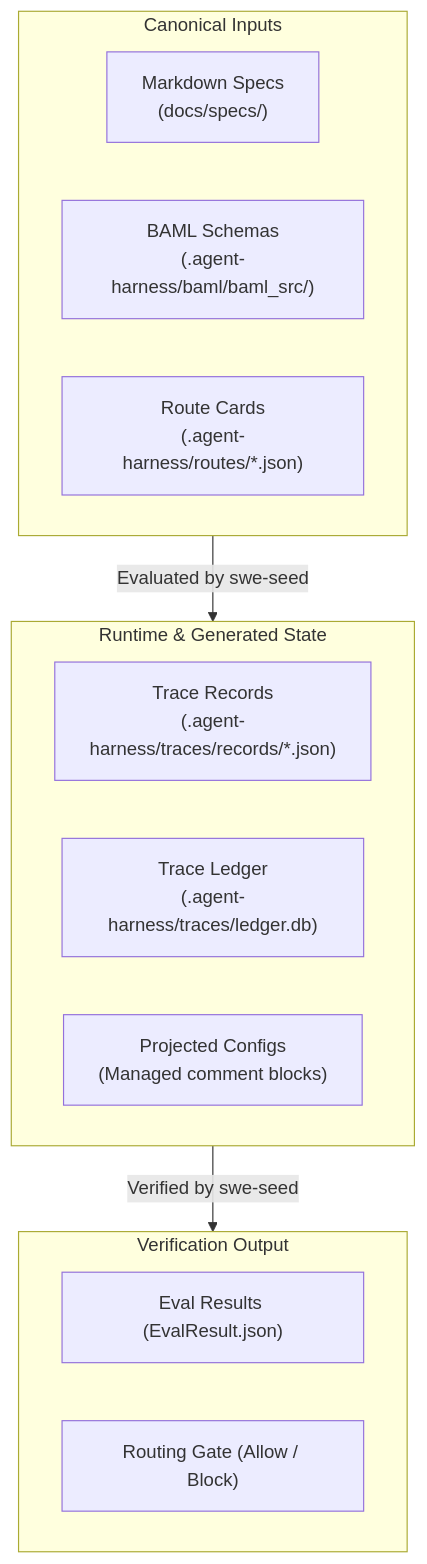
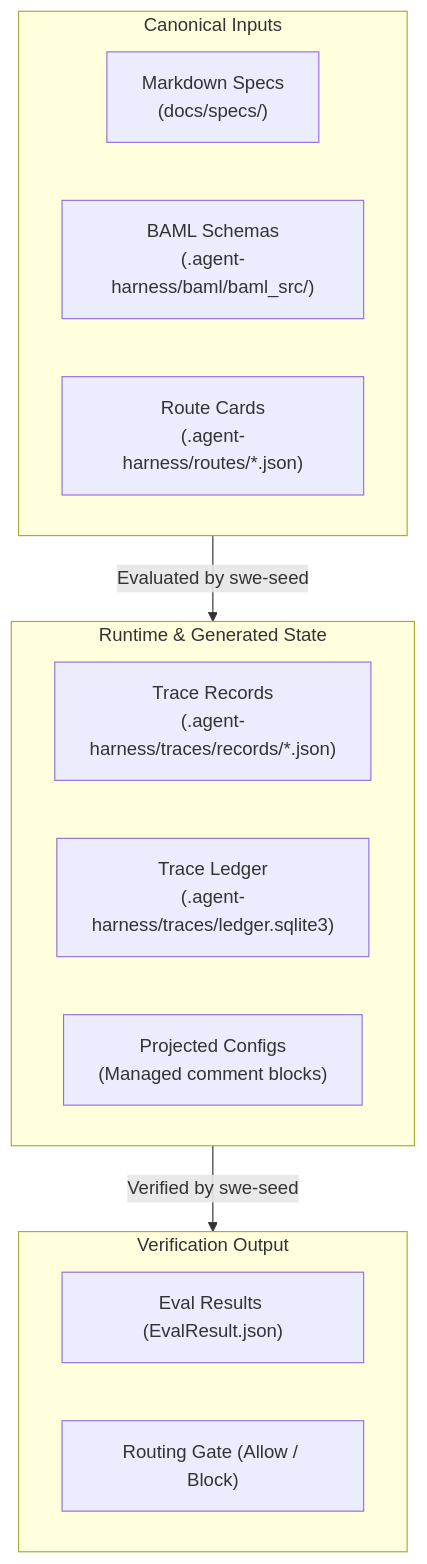
Before and after one commit to GodSpeedAI/swe_seed: the fourth of 6 diagrams in docs/architecture.md, drawn with Mermaid. The commit also changed other lines of this file and 29 other files, not shown here.

````diff
--- a/docs/architecture.md
+++ b/docs/architecture.md
@@ -121,22 +121,22 @@
 ```mermaid
 flowchart TD
     subgraph Inputs["Canonical Inputs"]
         Specs["Markdown Specs\n(docs/specs/)"]
         BAML["BAML Schemas\n(.agent-harness/baml/baml_src/)"]
         RouteCards["Route Cards\n(.agent-harness/routes/*.json)"]
     end
 
     subgraph RuntimeState["Runtime & Generated State"]
         Traces["Trace Records\n(.agent-harness/traces/records/*.json)"]
-        Ledger["Trace Ledger\n(.agent-harness/traces/ledger.db)"]
+        Ledger["Trace Ledger\n(.agent-harness/traces/ledger.sqlite3)"]
         Projections["Projected Configs\n(Managed comment blocks)"]
     end
 
     subgraph Verification["Verification Output"]
         EvalOut["Eval Results (EvalResult.json)"]
         GateOut["Routing Gate (Allow / Block)"]
     end
 
     Inputs -->|Evaluated by swe-seed| RuntimeState
     RuntimeState -->|Verified by swe-seed| Verification
 ```
````
